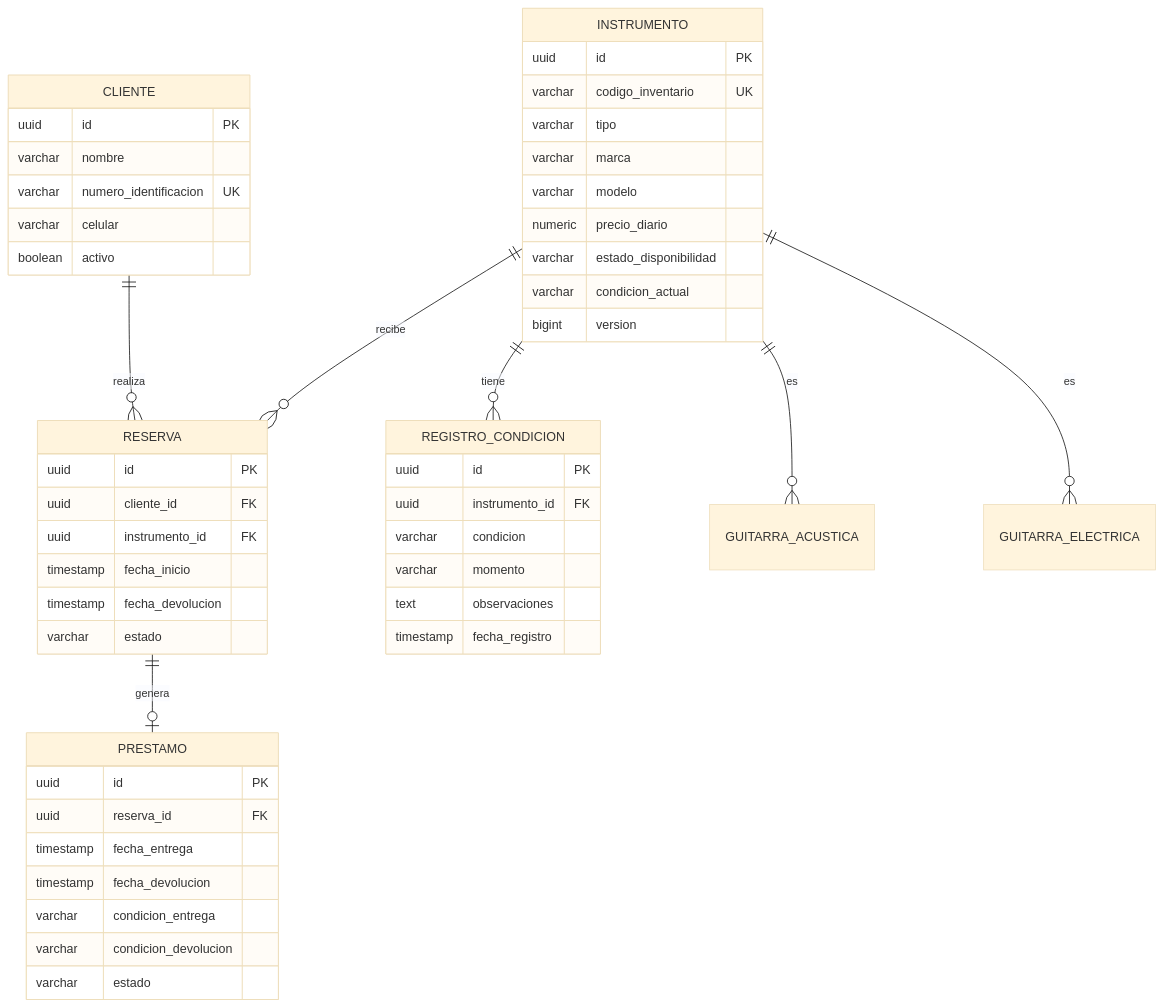
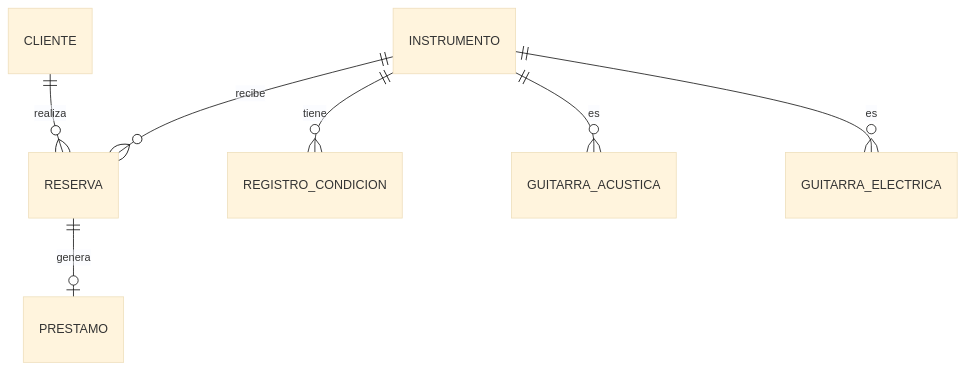
Before and after one commit to HectorARiascosI/musical-rent-api: the fifth of 10 diagrams in PLAN_PROYECTO.md, drawn with Mermaid (base theme). The commit also changed other lines of this file, not shown here.

````diff
--- a/PLAN_PROYECTO.md
+++ b/PLAN_PROYECTO.md
@@ -2063,57 +801,9 @@
 ```mermaid
 erDiagram
-  CLIENTE ||--o{ RESERVA : realiza
-  INSTRUMENTO ||--o{ RESERVA : recibe
-  RESERVA ||--o| PRESTAMO : genera
-  INSTRUMENTO ||--o{ REGISTRO_CONDICION : tiene
-  INSTRUMENTO ||--o{ GUITARRA_ACUSTICA : es
-  INSTRUMENTO ||--o{ GUITARRA_ELECTRICA : es
-
-  CLIENTE {
-    uuid id PK
-    varchar nombre
-    varchar numero_identificacion UK
-    varchar celular
-    boolean activo
-  }
-
-  INSTRUMENTO {
-    uuid id PK
-    varchar codigo_inventario UK
-    varchar tipo
-    varchar marca
-    varchar modelo
-    numeric precio_diario
-    varchar estado_disponibilidad
-    varchar condicion_actual
-    bigint version
-  }
-
-  RESERVA {
-    uuid id PK
-    uuid cliente_id FK
-    uuid instrumento_id FK
-    timestamp fecha_inicio
-    timestamp fecha_devolucion
-    varchar estado
-  }
-
-  PRESTAMO {
-    uuid id PK
-    uuid reserva_id FK
-    timestamp fecha_entrega
-    timestamp fecha_devolucion
-    varchar condicion_entrega
-    varchar condicion_devolucion
-    varchar estado
-  }
-
-  REGISTRO_CONDICION {
-    uuid id PK
-    uuid instrumento_id FK
-    varchar condicion
-    varchar momento
-    text observaciones
-    timestamp fecha_registro
-  }
+    CLIENTE ||--o{ RESERVA : realiza
+    INSTRUMENTO ||--o{ RESERVA : recibe
+    RESERVA ||--o| PRESTAMO : genera
+    INSTRUMENTO ||--o{ REGISTRO_CONDICION : tiene
+    INSTRUMENTO ||--o{ GUITARRA_ACUSTICA : es
+    INSTRUMENTO ||--o{ GUITARRA_ELECTRICA : es
 ```
````
